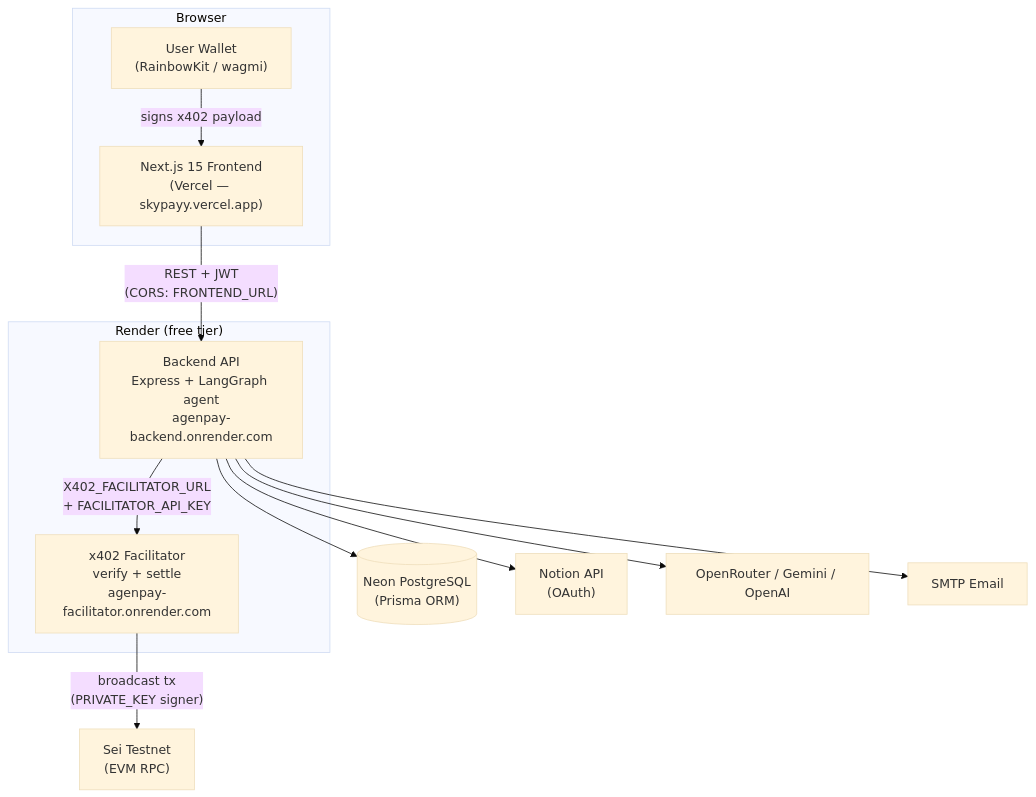
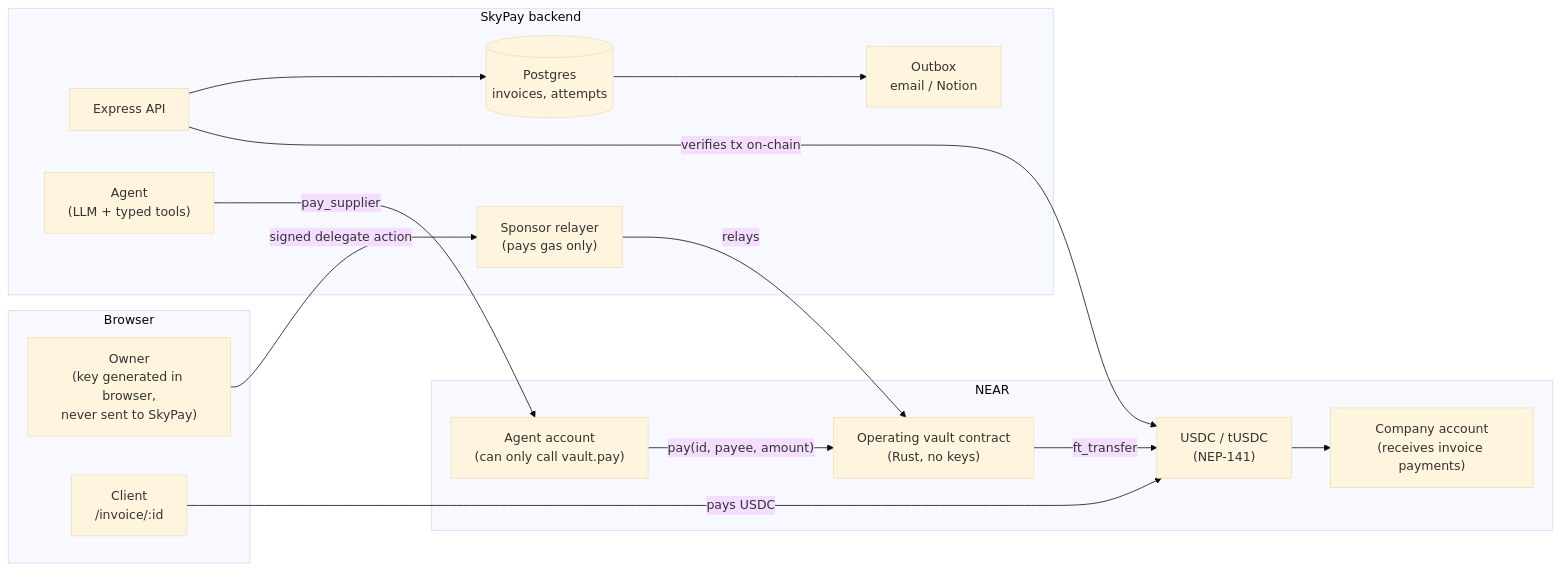
One commit to ydvSajal/Near-SKYPAY changed the diagram in README.md. Above: the diagram before and after it, drawn with Mermaid (base theme). The commit also changed other lines of this file and 14 other files, not shown here.

````diff
--- a/README.md
+++ b/README.md
@@ -54,27 +35,25 @@
 ```mermaid
-flowchart TB
-    subgraph Client["Browser"]
-        UI["Next.js 15 Frontend<br/>(Vercel — skypayy.vercel.app)"]
-        W["User Wallet<br/>(RainbowKit / wagmi)"]
-    end
-
-    subgraph Render["Render (free tier)"]
-        BE["Backend API<br/>Express + LangGraph agent<br/>agenpay-backend.onrender.com"]
-        FAC["x402 Facilitator<br/>verify + settle<br/>agenpay-facilitator.onrender.com"]
-    end
-
-    DB[("Neon PostgreSQL<br/>(Prisma ORM)")]
-    SEI["Sei Testnet<br/>(EVM RPC)"]
-    NOTION["Notion API<br/>(OAuth)"]
-    LLM["OpenRouter / Gemini / OpenAI"]
-    MAIL["SMTP Email"]
-
-    UI -->|"REST + JWT<br/>(CORS: FRONTEND_URL)"| BE
-    W -->|"signs x402 payload"| UI
-    BE -->|"X402_FACILITATOR_URL<br/>+ FACILITATOR_API_KEY"| FAC
-    FAC -->|"broadcast tx<br/>(PRIVATE_KEY signer)"| SEI
-    BE --> DB
-    BE --> NOTION
-    BE --> LLM
-    BE --> MAIL
+flowchart LR
+  subgraph Browser
+    O["Owner<br/>(key generated in browser,<br/>never sent to SkyPay)"]
+    C["Client<br/>/invoice/:id"]
+  end
+  subgraph SkyPay backend
+    API["Express API"]
+    R["Sponsor relayer<br/>(pays gas only)"]
+    AG["Agent<br/>(LLM + typed tools)"]
+    OB["Outbox<br/>email / Notion"]
+    DB[("Postgres<br/>invoices, attempts")]
+  end
+  subgraph NEAR
+    CO["Company account<br/>(receives invoice payments)"]
+    V["Operating vault contract<br/>(Rust, no keys)"]
+    AA["Agent account<br/>(can only call vault.pay)"]
+    T["USDC / tUSDC<br/>(NEP-141)"]
+  end
+  C -- "pays USDC" --> T --> CO
+  API -- "verifies tx on-chain" --> T
+  O -- "signed delegate action" --> R -- "relays" --> V
+  AG -- "pay_supplier" --> AA -- "pay(id, payee, amount)" --> V -- "ft_transfer" --> T
+  API --> DB --> OB
 ```
````
